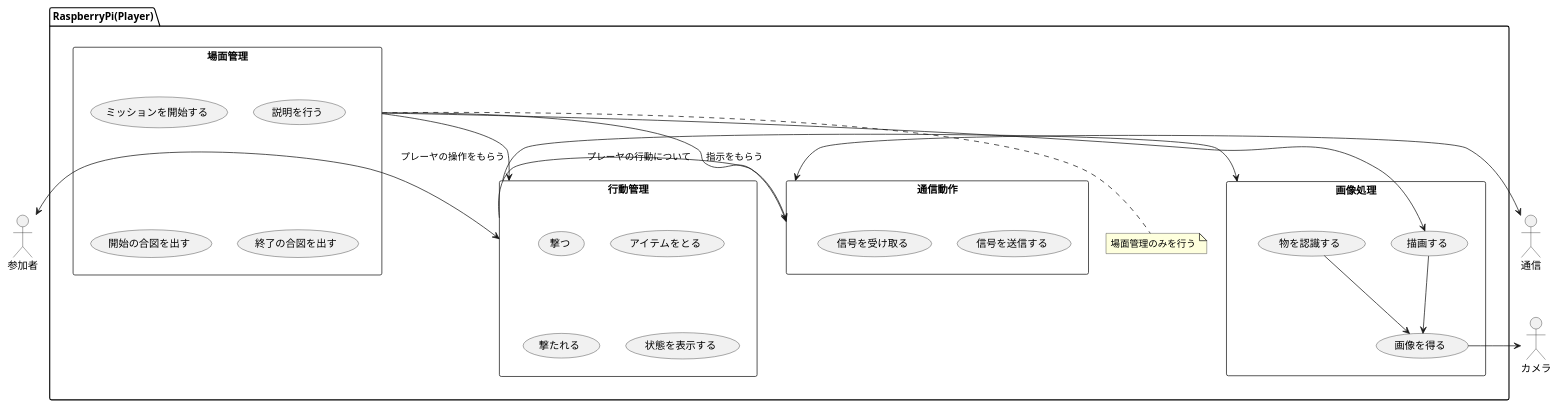
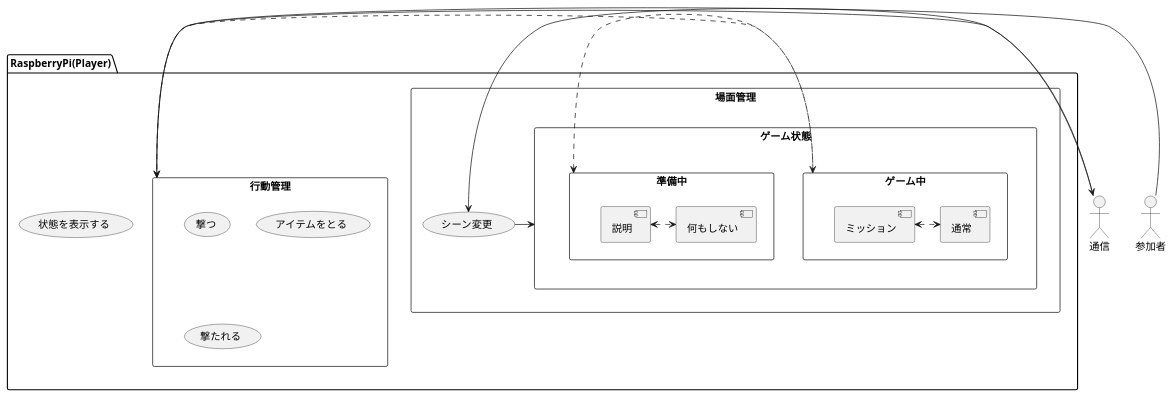
The diagram in Player.pu (H28KoyosaiInfo/Design), drawn with PlantUML before and after one commit.

Commit message:
状態遷移図を作成し簡素化した。

```diff
--- a/Player.pu
+++ b/Player.pu
@@ -1,63 +1,47 @@
 @startuml
 '設計者　川上　輝'
 
 '文字方向を指定'
 'left to right direction'
 'イベント要因を列挙'
 actor 参加者 as Player
 actor 通信 as Transmit
-actor カメラ as Camera
 '動作を規定'
 package  RaspberryPi(Player) as Raspi {
+  rectangle 場面管理 as SceneAction {
+    rectangle ゲーム状態 as GameStatus{
+      rectangle ゲーム中 as Gaming{
+        [ミッション] as Mission
+        [通常] as Normal
+        Mission <.> Normal
+      }
+      rectangle 準備中 as Standby {
+        [説明] as Introduction
+        [何もしない] as Nothing
+        Introduction<.> Nothing
+      }
+      Gaming <.> Standby
+      }
+      (シーン変更)as ChangeScene
+      ChangeScene -> GameStatus
+      Transmit -> ChangeScene
+  }
   'ユーザーからのイベント'
-  rectangle 行動管理 as PlayerAction{
+  rectangle 行動管理 as GamingAction{
     usecase 撃つ as Hit
     usecase アイテムをとる as GetItem
     usecase 撃たれる as GetDamege
-    usecase 状態を表示する as ViewStatus
   }
+  Gaming .>GamingAction
+  Player ->GamingAction
+  GamingAction -> Transmit
 
-  rectangle 場面管理 as SceneAction {
-    usecase ミッションを開始する as BeginMission
-    usecase 説明を行う as Introduction
-    usecase 開始の合図を出す as CallStarting
-    usecase 終了の合図を出す as CallEnding
-  }
+  usecase 状態を表示する as ViewStatus
 
-  note "場面管理のみを行う" as SceneActionNote
-  'カメラからのイベント'
-  rectangle 画像処理 as CameraAction {
-    usecase 画像を得る as TakePhoto
-    usecase 描画する as Paint
-    usecase 物を認識する as SenseObject
-  }
 
-  '通信'
-  rectangle 通信動作 as TransmitAction {
-    usecase 信号を送信する as SendInfo
-    usecase 信号を受け取る as ReceiveInfo
-  }
+
   }
 'プレーヤの動作について'
-Player <-right-> PlayerAction :プレーヤの操作をもらう
-PlayerAction -> TransmitAction:プレーヤの行動について
-
-SceneAction -> PlayerAction
-SceneAction --> TransmitAction :指示をもらう
-SceneAction .. SceneActionNote
-
-'AboutSceneAction'
-SceneAction --> Paint
-'AboutCameraAction'
-Paint       --> TakePhoto
-SenseObject --> TakePhoto
-TakePhoto   -> Camera
-'通信動作'
-Transmit <-right-> TransmitAction
-
-'動作の依存関係を規定'
-'AR系'
-PlayerAction -> CameraAction
 
 
 @enduml
```
